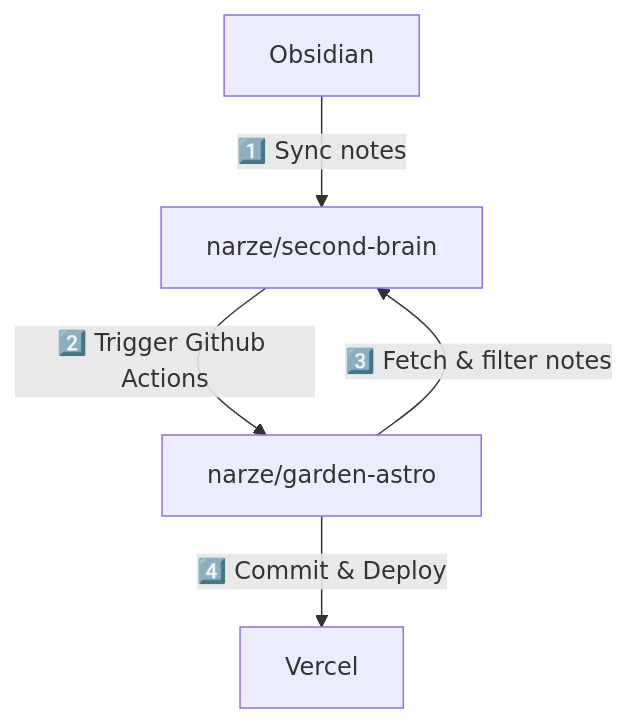
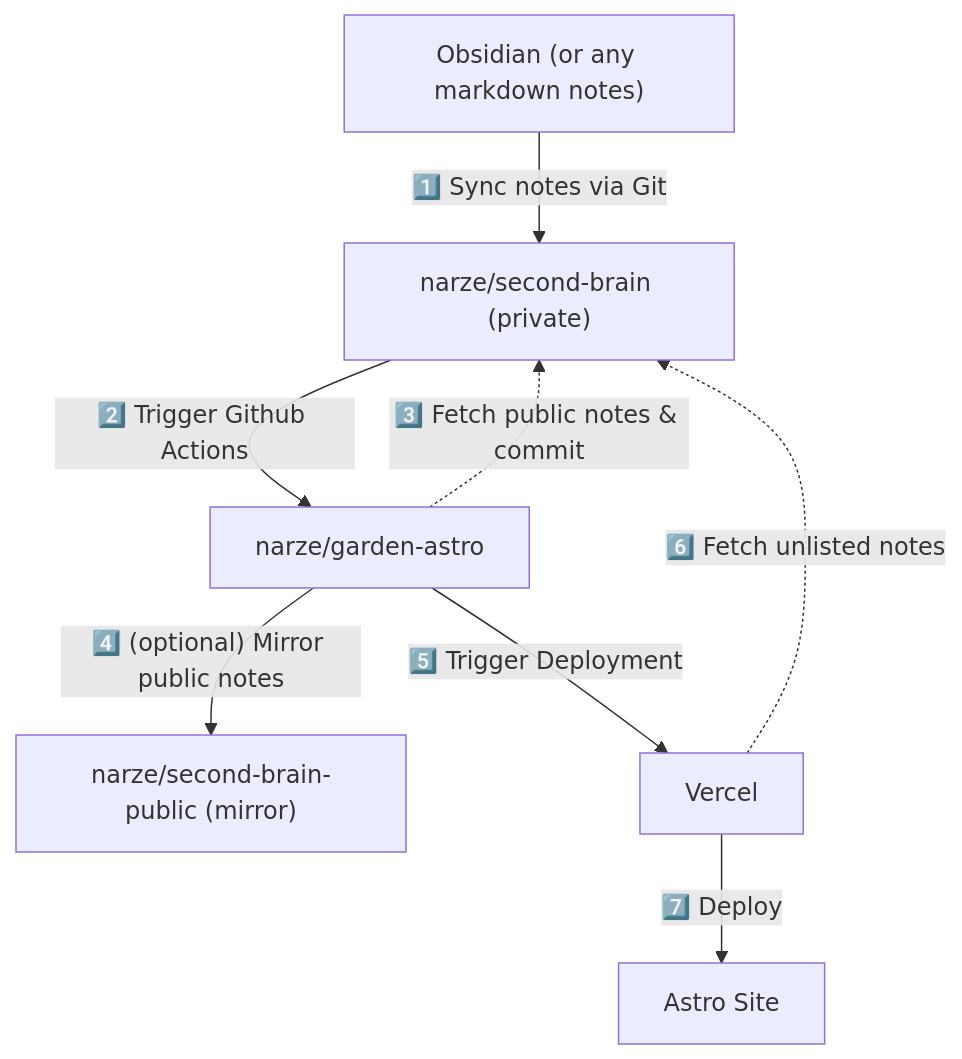
The diagram in README.md (narze/garden-astro), drawn with Mermaid before and after one commit.

Commit message:
Update mermaid graph

````diff
--- a/README.md
+++ b/README.md
@@ -7,7 +7,12 @@
 ```mermaid
 graph TD
-    A[Obsidian] -- "1️⃣ Sync notes" --> B[narze/second-brain]
-    B -- "2️⃣ Trigger Github Actions" --> C[narze/garden-astro]
-    C -- "3️⃣ Fetch & filter notes" --> B
-    C -- "4️⃣ Commit & Deploy" --> D[Vercel]
+    A["Obsidian (or any markdown notes)"] -- "1️⃣ Sync notes via Git" --> B["narze/second-brain (private)"]
+    B -- "2️⃣ Trigger Github Actions" --> D[narze/garden-astro]
+    D -. "3️⃣ Fetch public notes & commit" .-> B
+    D -- "️4️⃣ (optional) Mirror public notes" --> L["narze/second-brain-public (mirror)"]
+    D -- "5️⃣ Trigger Deployment" --> E["Vercel"]
+    E -. "6️⃣ Fetch unlisted notes" .-> B
+    E -- "7️⃣ Deploy" --> X[Astro Site]
+
+
 ```
````
